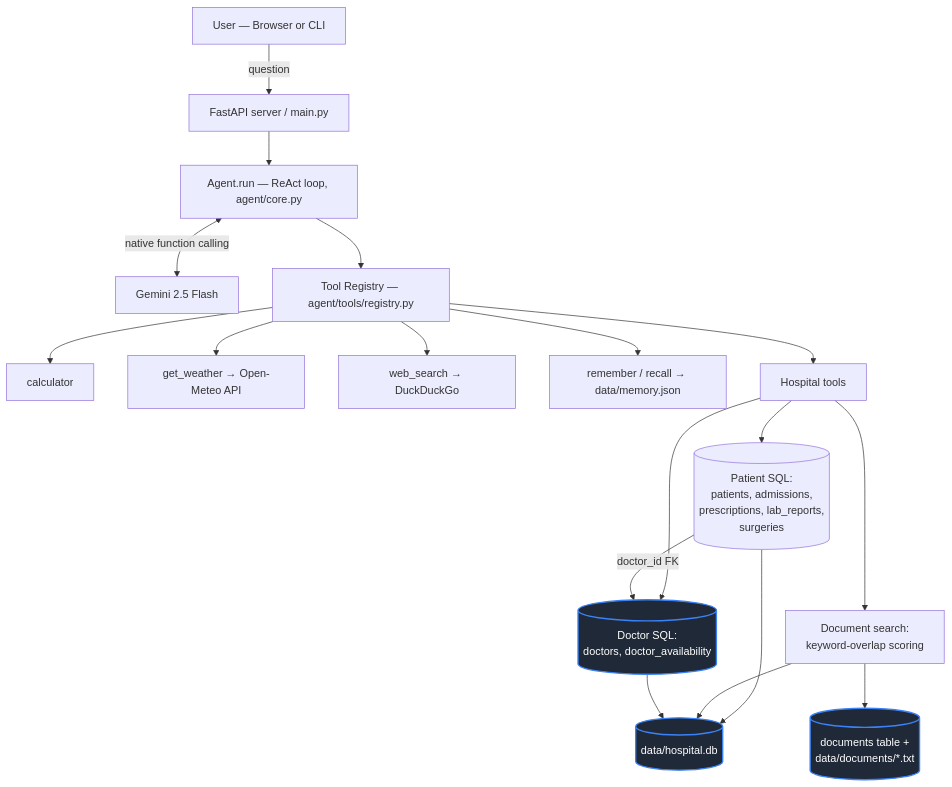
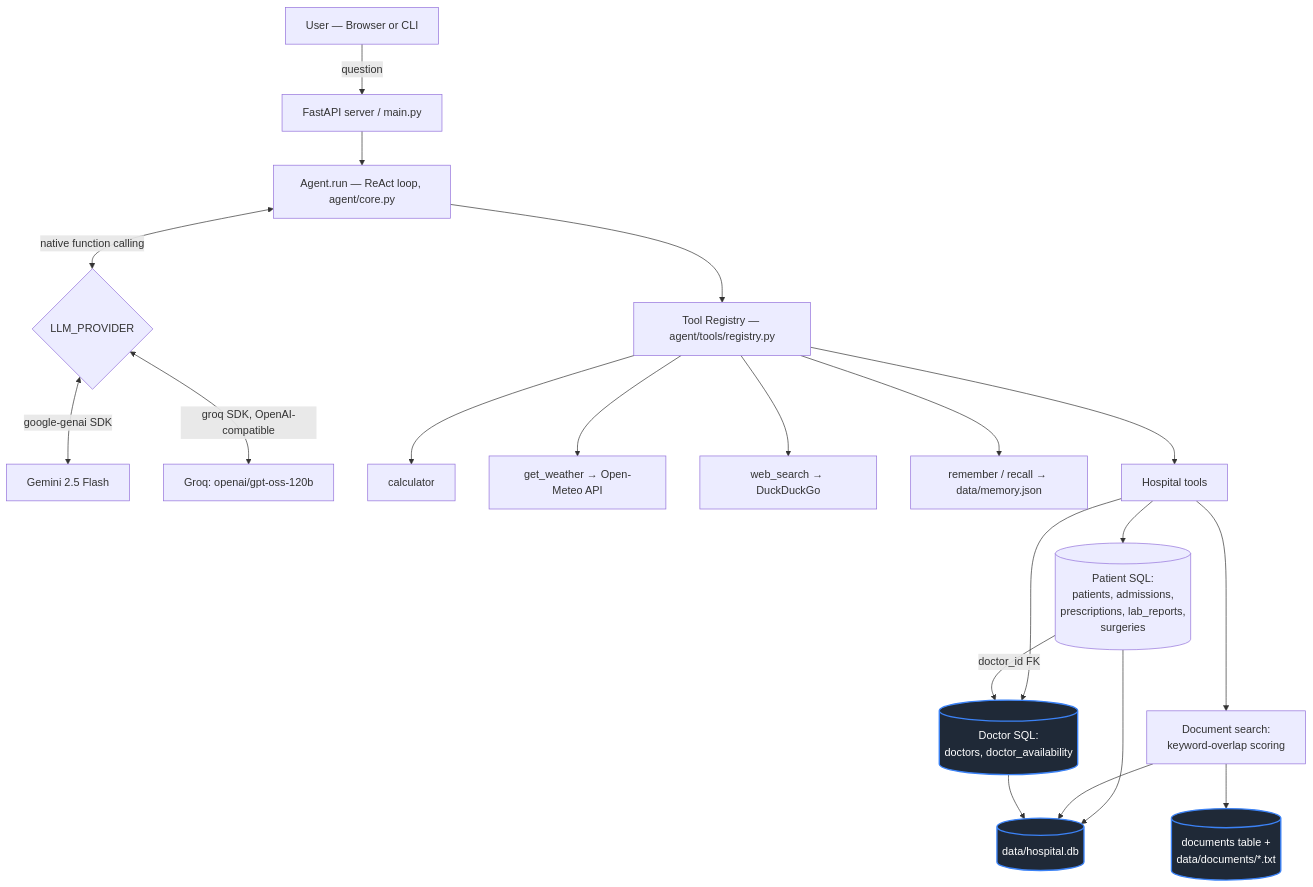
Before and after one commit to darshan-kt/hello_world_agent: the first of 3 diagrams in HOSPITAL_RAG_ARCHITECTURE.md, drawn with Mermaid. The commit also changed other lines of this file and 14 other files, not shown here.

Commit message:
feat: add support for Groq as an alternative LLM provider

````diff
--- a/HOSPITAL_RAG_ARCHITECTURE.md
+++ b/HOSPITAL_RAG_ARCHITECTURE.md
@@ -32,25 +32,27 @@
 ```mermaid
 graph TD
     U[User — Browser or CLI] -->|question| API[FastAPI server / main.py]
     API --> AGENT[Agent.run — ReAct loop, agent/core.py]
-    AGENT <-->|native function calling| GEMINI[Gemini 2.5 Flash]
+    AGENT <-->|native function calling| LLM{LLM_PROVIDER}
+    LLM <-->|google-genai SDK| GEMINI[Gemini 2.5 Flash]
+    LLM <-->|groq SDK, OpenAI-compatible| GROQ[Groq: openai/gpt-oss-120b]
     AGENT --> REG[Tool Registry — agent/tools/registry.py]
 
     REG --> CALC[calculator]
     REG --> WX[get_weather → Open-Meteo API]
     REG --> WS[web_search → DuckDuckGo]
     REG --> MEM[remember / recall → data/memory.json]
     REG --> HOSP[Hospital tools]
 
     HOSP --> SQL[(Patient SQL:\npatients, admissions,\nprescriptions, lab_reports,\nsurgeries)]
     HOSP --> RAG[Document search:\nkeyword-overlap scoring]
     HOSP --> DOC[(Doctor SQL:\ndoctors, doctor_availability)]
     RAG --> DOCS[(documents table +\ndata/documents/*.txt)]
     SQL -- "doctor_id FK" --> DOC
     SQL --> DB[(data/hospital.db)]
     RAG --> DB
     DOC --> DB
 
     classDef store fill:#1f2937,stroke:#3b82f6,stroke-width:2px,color:#fff;
     class DB,DOCS,DOC store;
 ```
````
